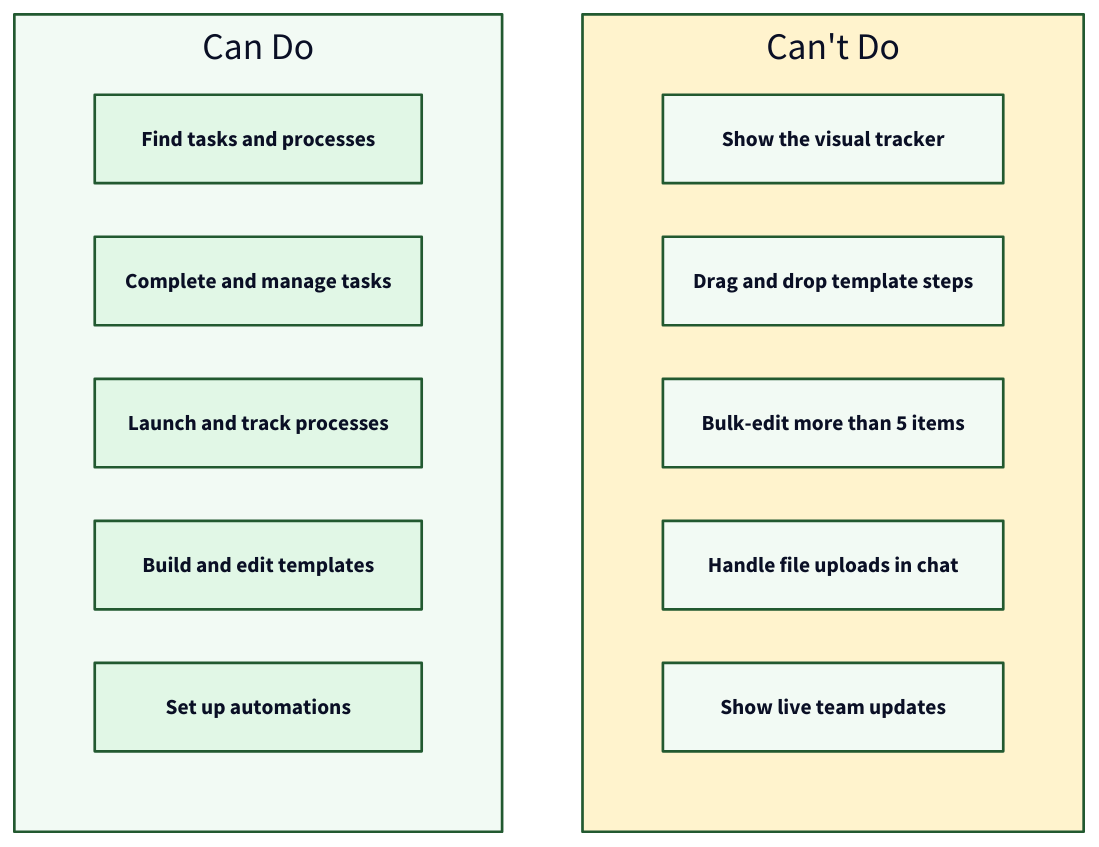
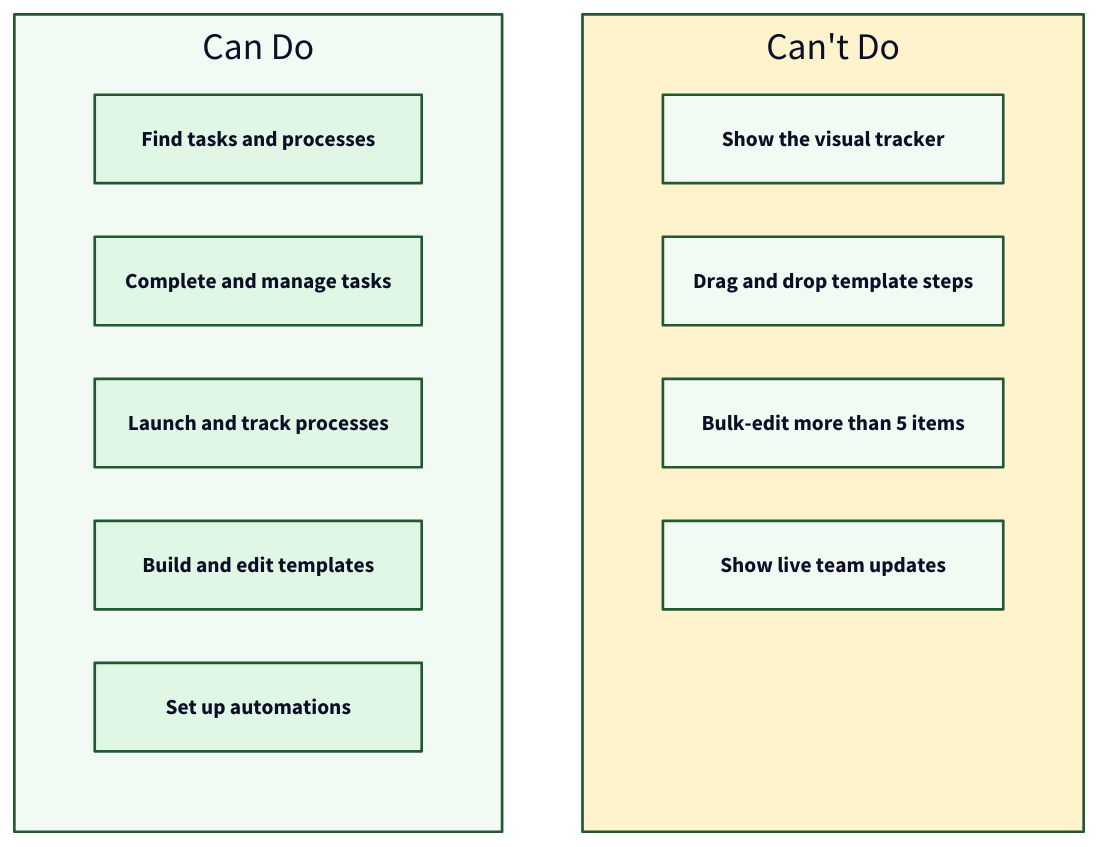
Before and after one commit to tallyfy/documentation: the diagram in src/content/docs/pro/integrations/mcp-server/index.mdx, drawn with D2. The commit also changed other lines of this file and 143 other files, not shown here.

````diff
--- a/src/content/docs/pro/integrations/mcp-server/index.mdx
+++ b/src/content/docs/pro/integrations/mcp-server/index.mdx
@@ -99,61 +99,57 @@
 ```d2
 # What the AI assistant can and cannot do
 grid-columns: 2
 grid-gap: 60
 
 Can: Can Do {
   grid-rows: 5
   style.fill: "#f2faf4"
   style.stroke: "#225930"
   style.stroke-width: 2
 
   A: Find tasks and processes {
     style.fill: "#e1f7e6"
     style.stroke: "#225930"
   }
   B: Complete and manage tasks {
     style.fill: "#e1f7e6"
     style.stroke: "#225930"
   }
   C: Launch and track processes {
     style.fill: "#e1f7e6"
     style.stroke: "#225930"
   }
   D: Build and edit templates {
     style.fill: "#e1f7e6"
     style.stroke: "#225930"
   }
   E: Set up automations {
     style.fill: "#e1f7e6"
     style.stroke: "#225930"
   }
 }
 
 Cannot: Can't Do {
   grid-rows: 5
   style.fill: "#fff3cd"
   style.stroke: "#225930"
   style.stroke-width: 2
 
   A: Show the visual tracker {
     style.fill: "#f2faf4"
     style.stroke: "#225930"
   }
   B: Drag and drop template steps {
     style.fill: "#f2faf4"
     style.stroke: "#225930"
   }
   C: Bulk-edit more than 5 items {
     style.fill: "#f2faf4"
     style.stroke: "#225930"
   }
-  D: Handle file uploads in chat {
-    style.fill: "#f2faf4"
-    style.stroke: "#225930"
-  }
   E: Show live team updates {
     style.fill: "#f2faf4"
     style.stroke: "#225930"
   }
 }
 ```
````
